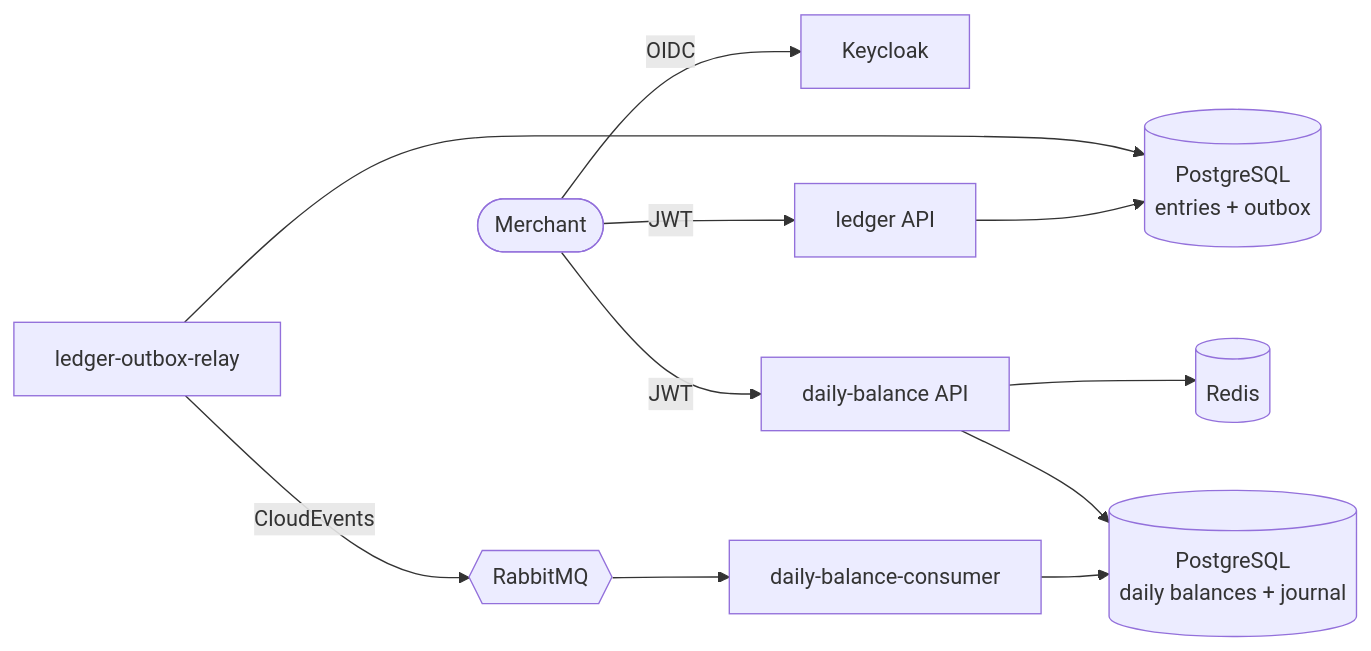
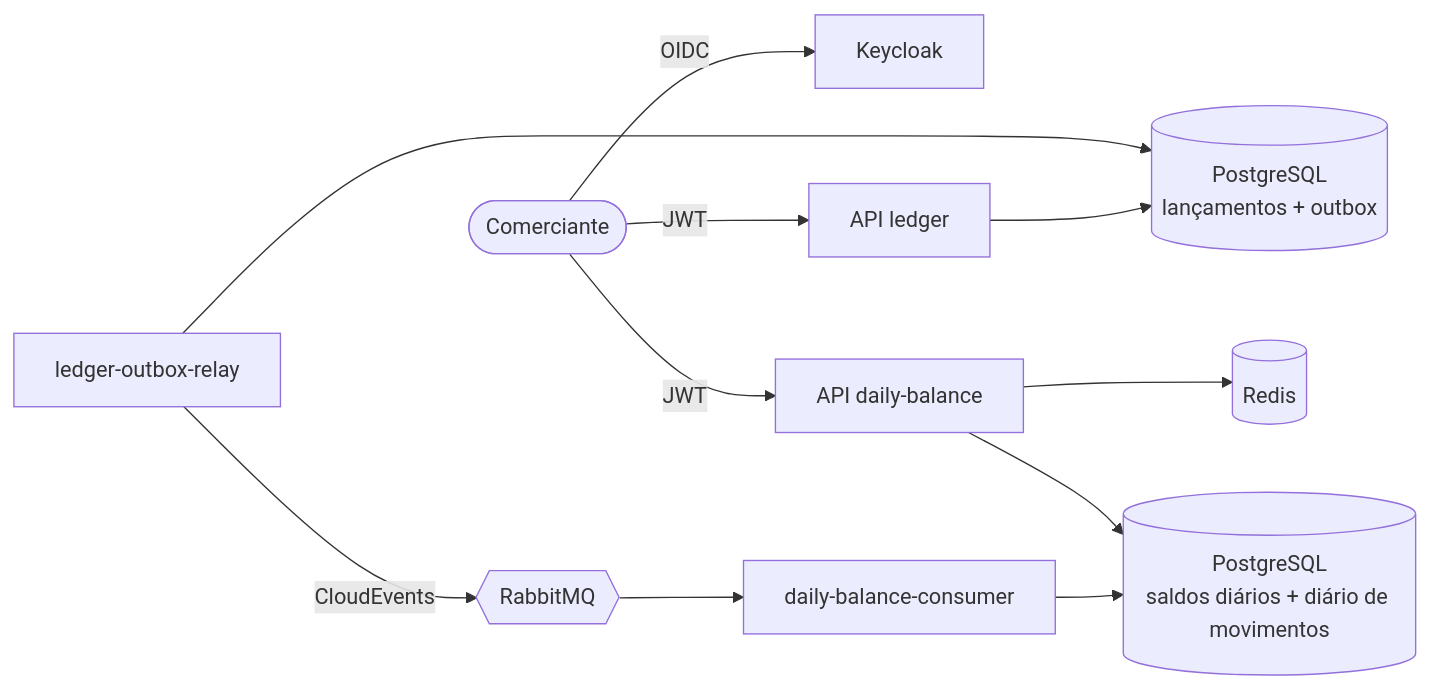
Before and after one commit to joaorizzont/cash-flow-test: the diagram in docs/README.md, drawn with Mermaid. The commit also changed other lines of this file and 23 other files, not shown here.

First line of the commit message:
docs: translate architecture documentation to portuguese

````diff
--- a/docs/README.md
+++ b/docs/README.md
@@ -21,13 +21,13 @@
 ```mermaid
 flowchart LR
-  U([Merchant]) -->|OIDC| K[Keycloak]
-  U -->|JWT| L[ledger API]
-  U -->|JWT| D[daily-balance API]
-  L --> LDB[(PostgreSQL<br/>entries + outbox)]
+  U([Comerciante]) -->|OIDC| K[Keycloak]
+  U -->|JWT| L[API ledger]
+  U -->|JWT| D[API daily-balance]
+  L --> LDB[(PostgreSQL<br/>lançamentos + outbox)]
   R[ledger-outbox-relay] --> LDB
   R -->|CloudEvents| MQ{{RabbitMQ}}
   MQ --> C[daily-balance-consumer]
-  C --> DDB[(PostgreSQL<br/>daily balances + journal)]
+  C --> DDB[(PostgreSQL<br/>saldos diários + diário de movimentos)]
   D --> DDB
   D --> RC[(Redis)]
 ```
````
